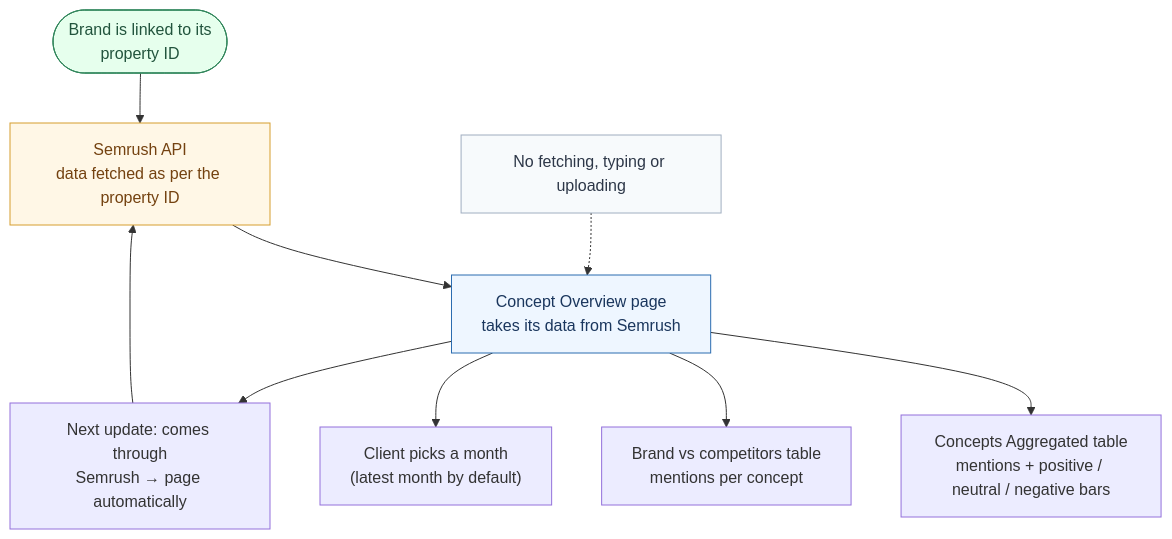
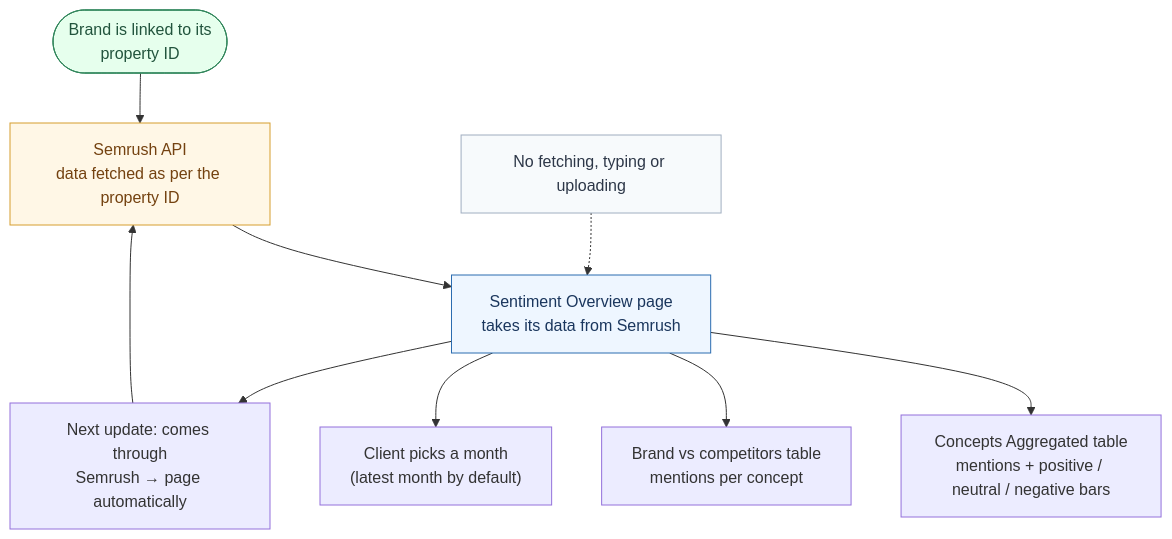
The diagram in demo/analytics/flowcharts/07_sentiment_overview_flow.md (RishabhRoy12/dais-documentation), drawn with Mermaid before and after one commit. The commit also changed other lines of this file and 10 other files, not shown here.

````diff
--- a/demo/analytics/flowcharts/07_sentiment_overview_flow.md
+++ b/demo/analytics/flowcharts/07_sentiment_overview_flow.md
@@ -5,24 +5,24 @@
 ```mermaid
 flowchart TD
     P(["Brand is linked to its<br/>property ID"])
     P --> S["Semrush API<br/>data fetched as per the property ID"]
-    S --> PG["Concept Overview page<br/>takes its data from Semrush"]
+    S --> PG["Sentiment Overview page<br/>takes its data from Semrush"]
 
     PG --> P1["Concepts Aggregated table<br/>mentions + positive / neutral / negative bars"]
     PG --> P2["Brand vs competitors table<br/>mentions per concept"]
     PG --> M["Client picks a month<br/>(latest month by default)"]
 
     PG --> NEXT["Next update: comes through<br/>Semrush → page automatically"]
     NEXT --> S
 
     N["No fetching, typing or uploading"] -.-> PG
 
     classDef ext fill:#fff7e6,stroke:#d69e2e,color:#744210
     classDef stage fill:#eef6ff,stroke:#2b6cb0,color:#1a365d
     classDef done fill:#e6ffed,stroke:#2f855a,color:#22543d
     classDef note fill:#f7fafc,stroke:#a0aec0,color:#2d3748
     class S ext
     class P,PG stage
     class P done
     class N note
 ```
````
